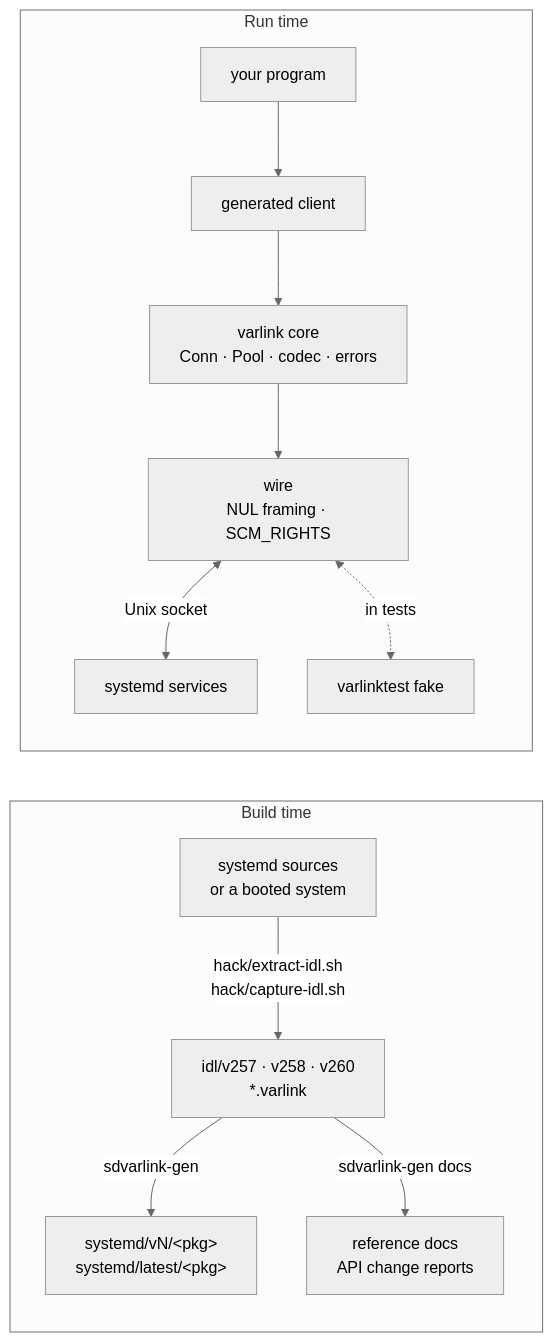
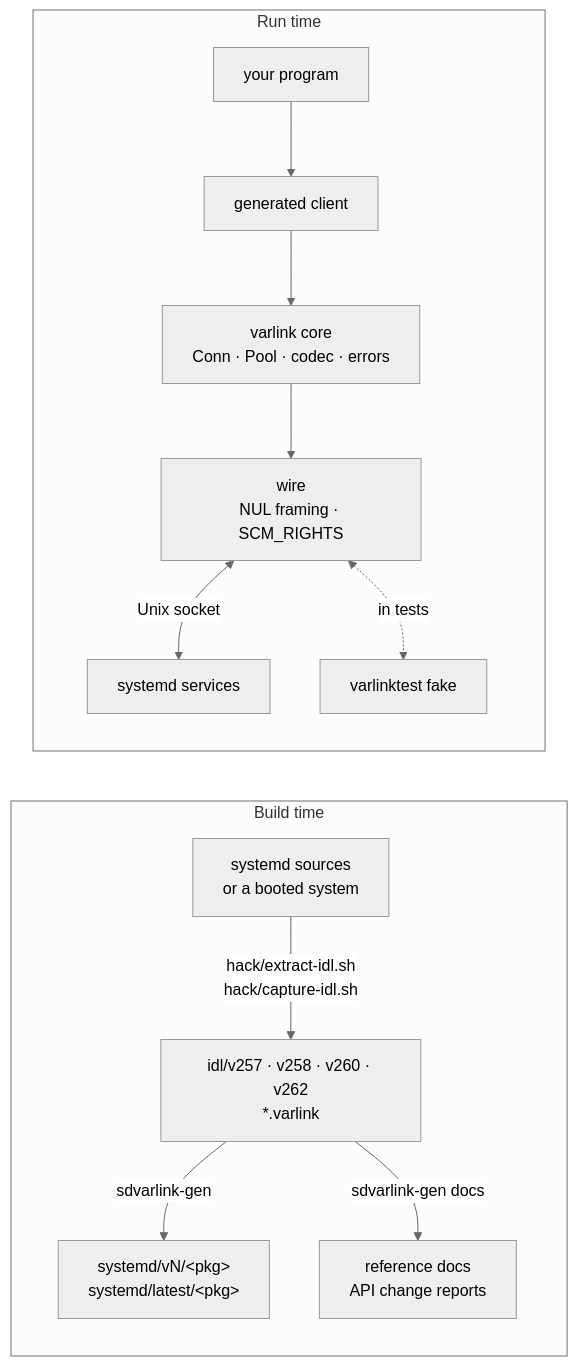
Before and after one commit to rossedman/sdvarlink: the diagram in README.md, drawn with Mermaid (neutral theme). The commit also changed other lines of this file and 241 other files, not shown here.

````diff
--- a/README.md
+++ b/README.md
@@ -157,15 +157,15 @@
 ```mermaid
 flowchart LR
     subgraph build["Build time"]
-        src["systemd sources<br/>or a booted system"] -->|"hack/extract-idl.sh<br/>hack/capture-idl.sh"| idl["idl/v257 · v258 · v260<br/>*.varlink"]
+        src["systemd sources<br/>or a booted system"] -->|"hack/extract-idl.sh<br/>hack/capture-idl.sh"| idl["idl/v257 · v258 · v260 · v262<br/>*.varlink"]
         idl -->|sdvarlink-gen| gen["systemd/vN/&lt;pkg&gt;<br/>systemd/latest/&lt;pkg&gt;"]
         idl -->|sdvarlink-gen docs| docs["reference docs<br/>API change reports"]
     end
     subgraph run["Run time"]
         app["your program"] --> gen2["generated client"]
         gen2 --> core["varlink core<br/>Conn · Pool · codec · errors"]
         core --> wire["wire<br/>NUL framing · SCM_RIGHTS"]
         wire <-->|"Unix socket"| sd["systemd services"]
         wire <-.->|"in tests"| fake["varlinktest fake"]
     end
 ```
````
